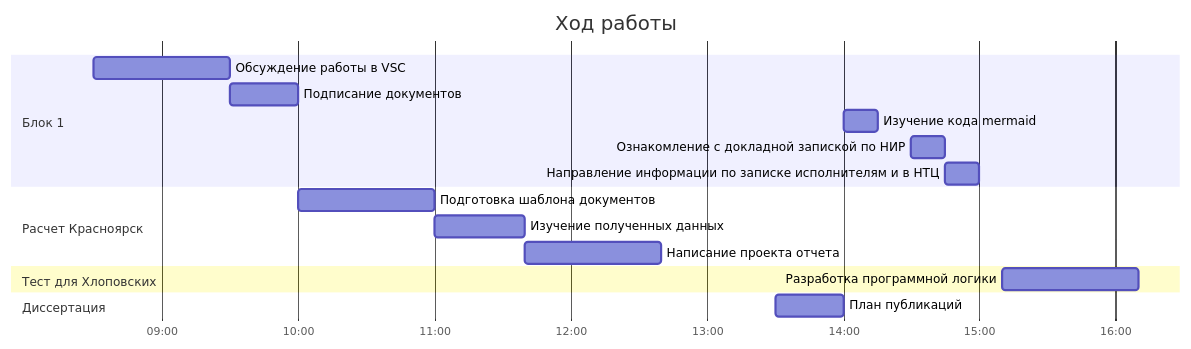
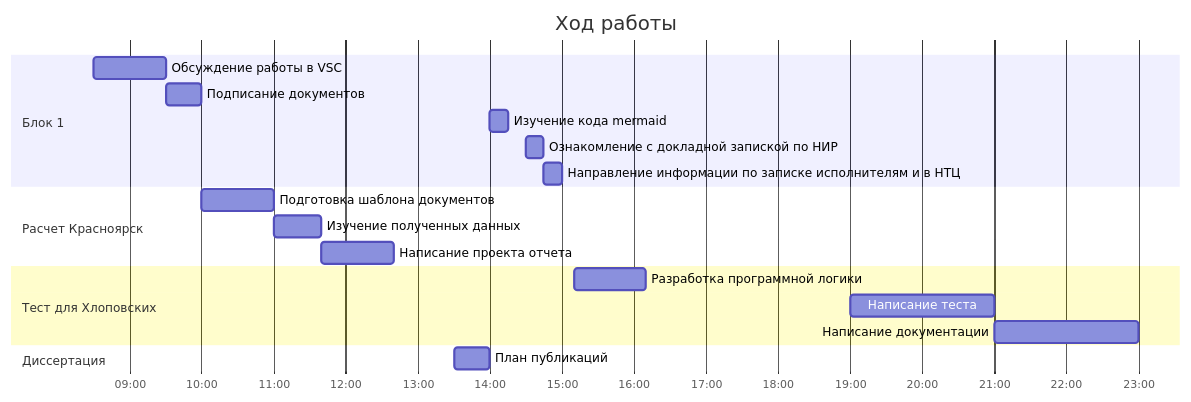
Before and after one commit to Obsidian-pb/ObsidianBlog: the diagram in posts/23-02/10/index.qmd, drawn with Mermaid. The commit also changed other lines of this file and 118 other files, not shown here.

````diff
--- a/posts/23-02/10/index.qmd
+++ b/posts/23-02/10/index.qmd
@@ -14,23 +14,25 @@
 ```{mermaid}
 gantt
     title Ход работы
     dateFormat HH:mm
     axisFormat %H:%M
     section Блок 1
     Обсуждение работы в VSC            :a1, 08:30, 1h
     Подписание документов            :a2, after a1, 30m
     Изучение кода mermaid:              :a3, 14:00, 15m
     Ознакомление с докладной запиской по НИР :a4, 14:30, 15m
     Направление информации по записке исполнителям и в НТЦ :a5, after a4, 15m
 
     section Расчет Красноярск
     Подготовка шаблона документов           :b1, after  a2, 1h
     Изучение полученных данных    :b2, after b1, 40m
     Написание проекта отчета      :b3, after b2, 1h
 
     section Тест для Хлоповских
     Разработка программной логики   :c1, 15:10, 1h
+    Написание теста                 :c2, 19:00, 2h
+    Написание документации          :с3, after c2, 2h
 
     section Диссертация
     План публикаций                 :d1, 13:30, 30m
 ```
````
